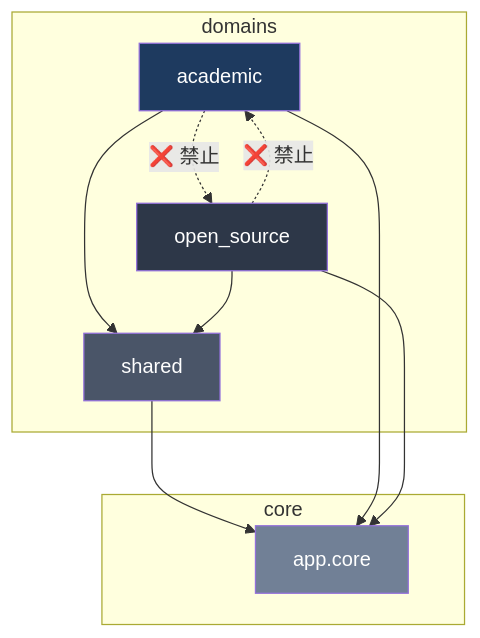
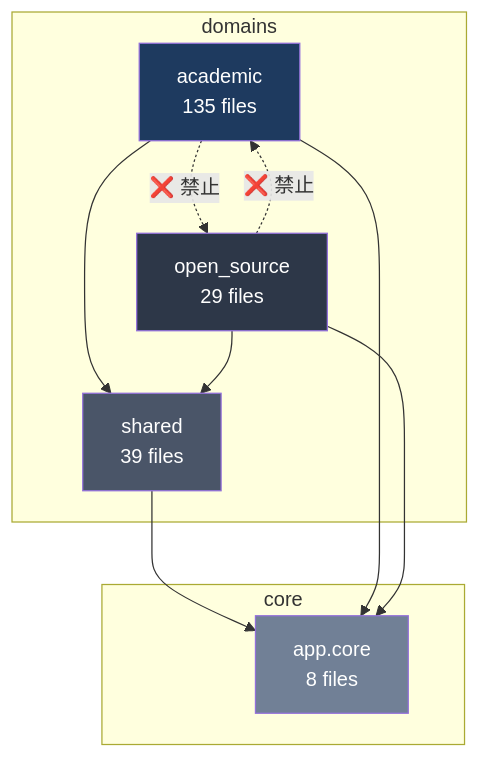
One commit to akxlhw/AI4TALENTS changed the first of 2 diagrams in docs/audit/01-dependency-graph.md. Above: the diagram before and after it, drawn with Mermaid. The commit also changed other lines of this file and 3 other files, not shown here.

````diff
--- a/docs/audit/01-dependency-graph.md
+++ b/docs/audit/01-dependency-graph.md
@@ -24,20 +40,20 @@
 ```mermaid
 graph TB
     subgraph domains
-        A[academic] --> S[shared]
-        OS[open_source] --> S
+        A[academic<br/>135 files] --> S[shared<br/>39 files]
+        OS[open_source<br/>29 files] --> S
     end
     subgraph core
-        S --> C[app.core]
+        S --> C[app.core<br/>8 files]
         A --> C
         OS --> C
     end
 
     A -.->|❌ 禁止| OS
     OS -.->|❌ 禁止| A
 
     style A fill:#1E3A5F,color:#fff
     style OS fill:#2D3748,color:#fff
     style S fill:#4A5568,color:#fff
     style C fill:#718096,color:#fff
 ```
````
